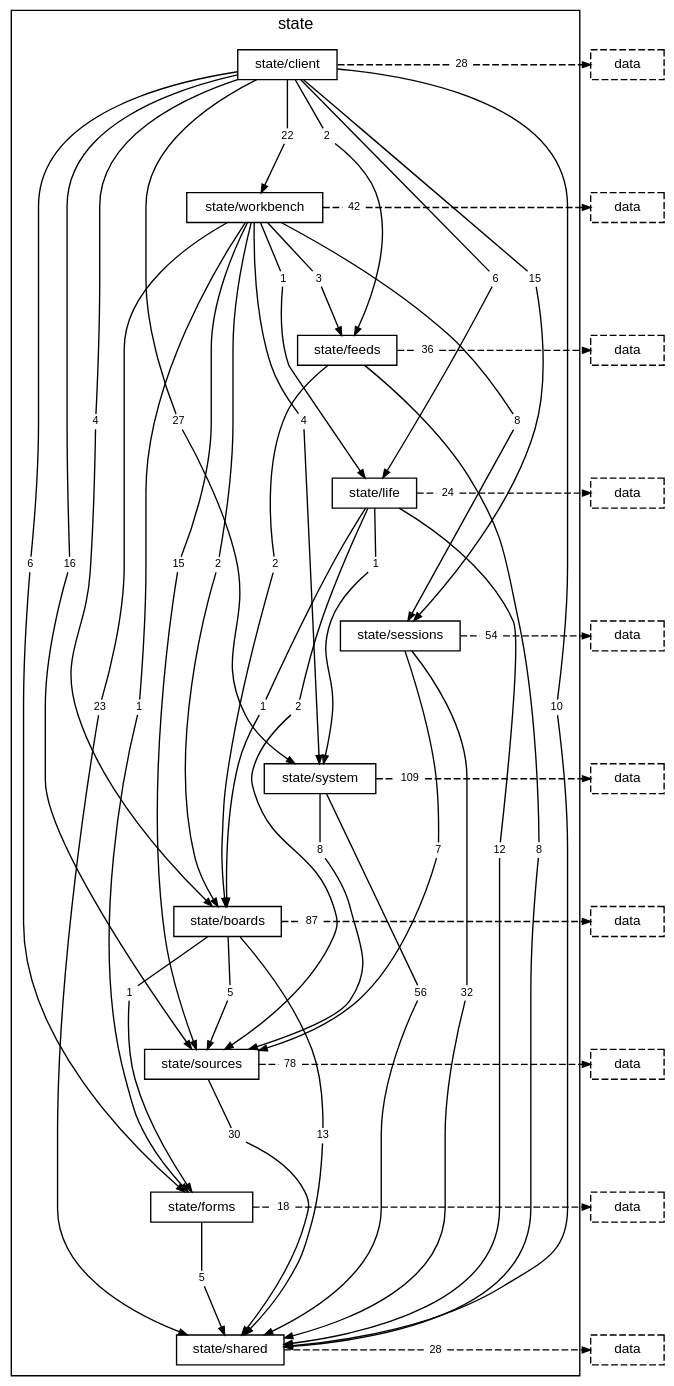
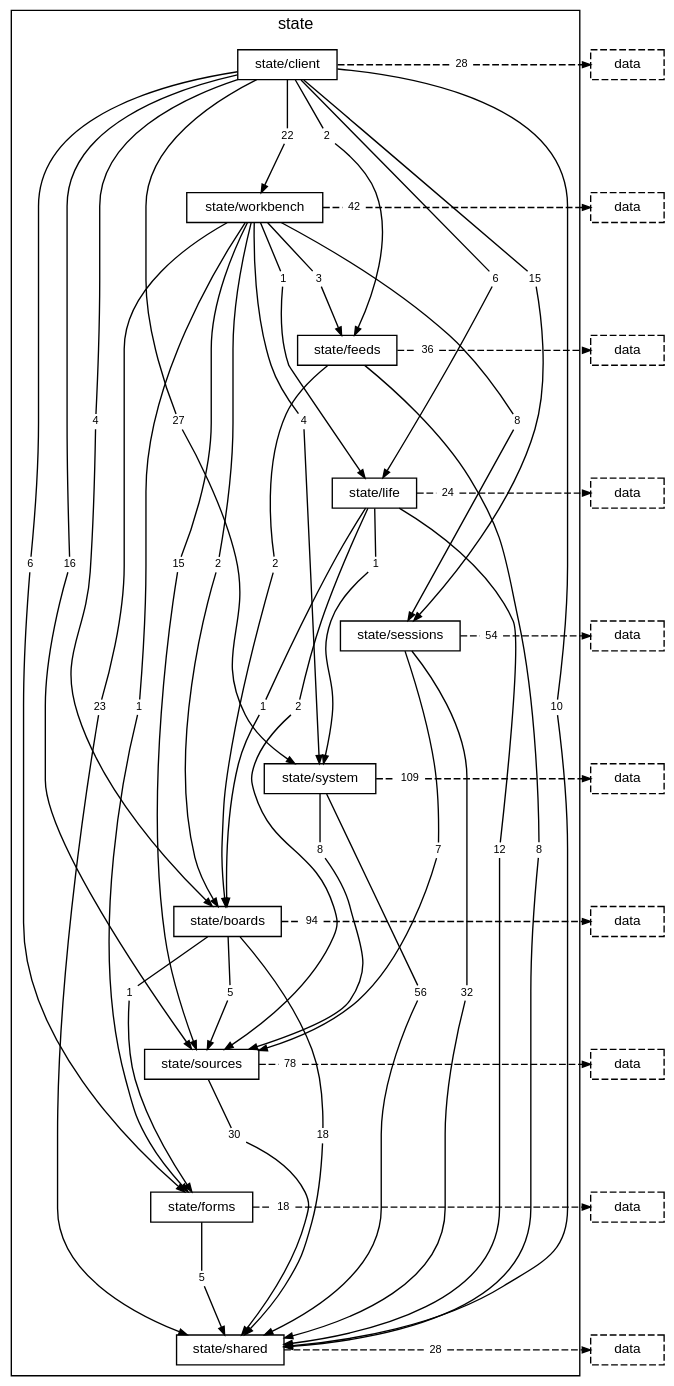
One commit to TheAxeC/oculus changed the diagram in docs/diagrams/layer-state.dot. Above: the diagram before and after it, drawn with Graphviz. The commit also changed 60 other files, not shown here.

```diff
--- a/docs/diagrams/layer-state.dot
+++ b/docs/diagrams/layer-state.dot
@@ -48,9 +48,9 @@
         "folder state/system to folder state/sources" [label="8", shape=box, color="transparent", fontsize=8, width=0, height=0, margin="0.04,0.02"];
         "folder state/system to layer data" [label="109", shape=box, color="transparent", fontsize=8, width=0, height=0, margin="0.04,0.02"];
         "folder state/boards to folder state/forms" [label="1", shape=box, color="transparent", fontsize=8, width=0, height=0, margin="0.04,0.02"];
-        "folder state/boards to folder state/shared" [label="13", shape=box, color="transparent", fontsize=8, width=0, height=0, margin="0.04,0.02"];
+        "folder state/boards to folder state/shared" [label="18", shape=box, color="transparent", fontsize=8, width=0, height=0, margin="0.04,0.02"];
         "folder state/boards to folder state/sources" [label="5", shape=box, color="transparent", fontsize=8, width=0, height=0, margin="0.04,0.02"];
-        "folder state/boards to layer data" [label="87", shape=box, color="transparent", fontsize=8, width=0, height=0, margin="0.04,0.02"];
+        "folder state/boards to layer data" [label="94", shape=box, color="transparent", fontsize=8, width=0, height=0, margin="0.04,0.02"];
         "folder state/sources to folder state/shared" [label="30", shape=box, color="transparent", fontsize=8, width=0, height=0, margin="0.04,0.02"];
         "folder state/sources to layer data" [label="78", shape=box, color="transparent", fontsize=8, width=0, height=0, margin="0.04,0.02"];
         "folder state/forms to folder state/shared" [label="5", shape=box, color="transparent", fontsize=8, width=0, height=0, margin="0.04,0.02"];
```
